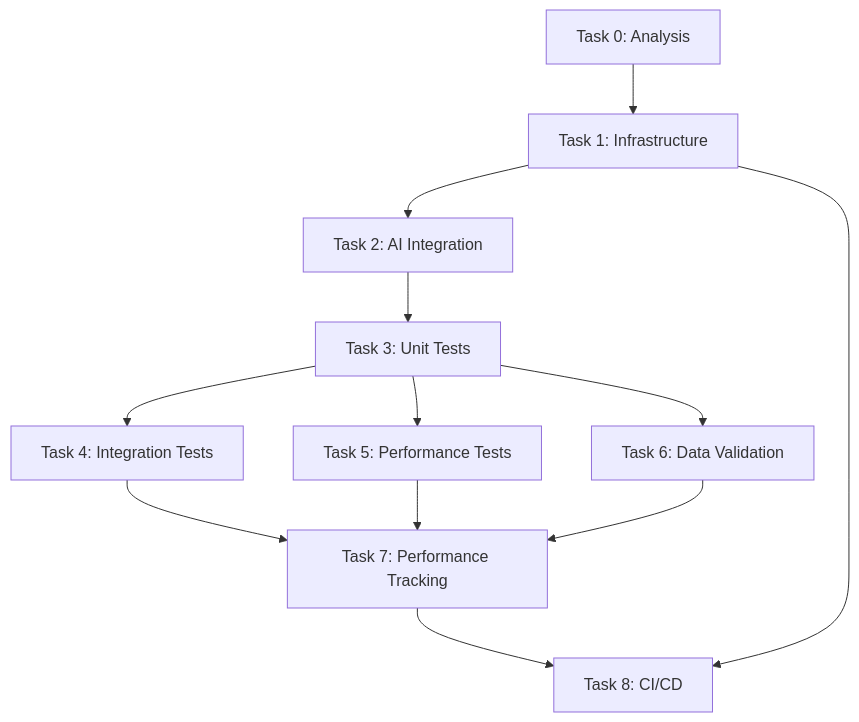
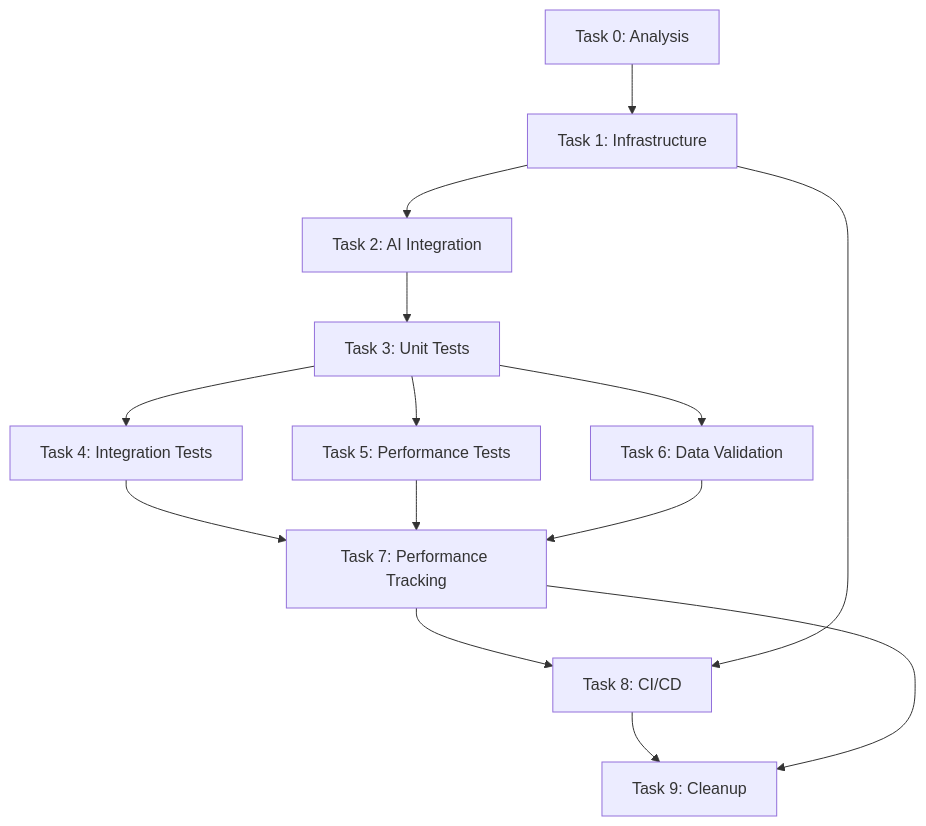
One commit to vamseeachanta/worldenergydata changed the diagram in specs/testing/comprehensive-test-plan/tasks.md. Above: the diagram before and after it, drawn with Mermaid. The commit also changed other lines of this file and 65 other files, not shown here.

````diff
--- a/specs/testing/comprehensive-test-plan/tasks.md
+++ b/specs/testing/comprehensive-test-plan/tasks.md
@@ -161,14 +165,16 @@
 ```mermaid
 graph TD
     T0[Task 0: Analysis] --> T1[Task 1: Infrastructure]
     T1 --> T2[Task 2: AI Integration]
     T2 --> T3[Task 3: Unit Tests]
     T3 --> T4[Task 4: Integration Tests]
     T3 --> T5[Task 5: Performance Tests]
     T3 --> T6[Task 6: Data Validation]
     T4 --> T7[Task 7: Performance Tracking]
     T5 --> T7
     T6 --> T7
     T7 --> T8[Task 8: CI/CD]
     T1 --> T8
+    T8 --> T9[Task 9: Cleanup]
+    T7 --> T9
 ```
````
